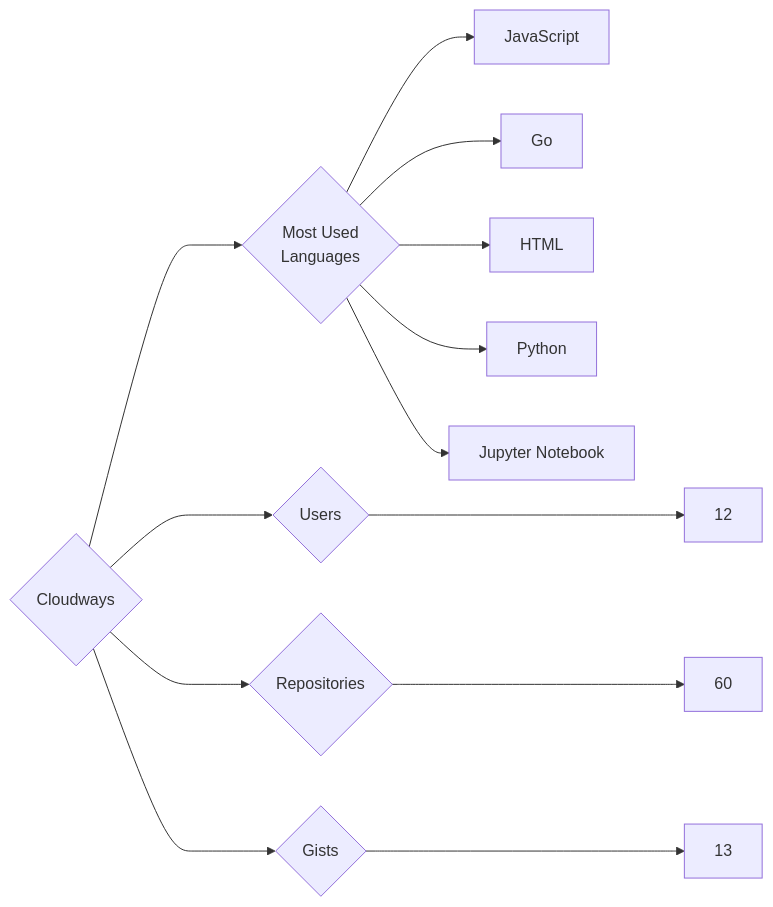
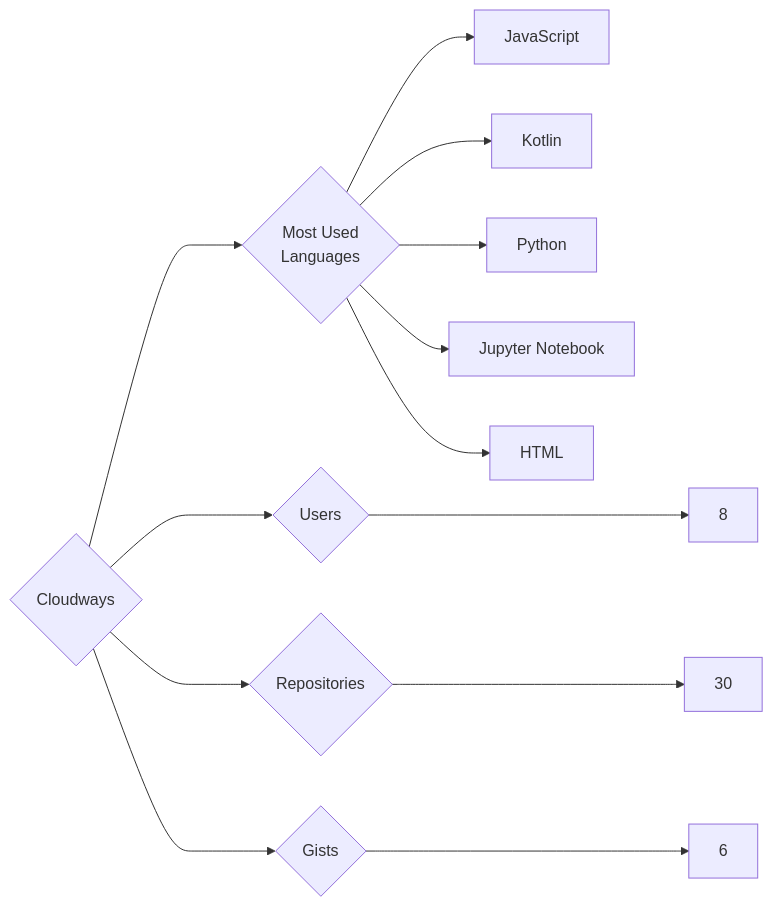
The diagram in targets/Cloudways/README.md (trickest/insiders), drawn with Mermaid before and after one commit. The commit also changed 1055 other files, not shown here.

````diff
--- a/targets/Cloudways/README.md
+++ b/targets/Cloudways/README.md
@@ -3,13 +3,13 @@
 ```mermaid
 graph LR
 COMPANY_NAME{Cloudways}
-COMPANY_NAME ---> U{Users} ---> UN[12]
-COMPANY_NAME ---> R{Repositories} ---> RN[60]
-COMPANY_NAME ---> G{Gists} ---> GN[13]
+COMPANY_NAME ---> U{Users} ---> UN[8]
+COMPANY_NAME ---> R{Repositories} ---> RN[30]
+COMPANY_NAME ---> G{Gists} ---> GN[6]
 COMPANY_NAME ---> ML{Most Used<br>Languages}
 ML --> JavaScript[JavaScript]
-ML --> Go[Go]
-ML --> HTML[HTML]
+ML --> Kotlin[Kotlin]
 ML --> Python[Python]
 ML --> Jupyter_Notebook[Jupyter Notebook]
+ML --> HTML[HTML]
 ```
````
